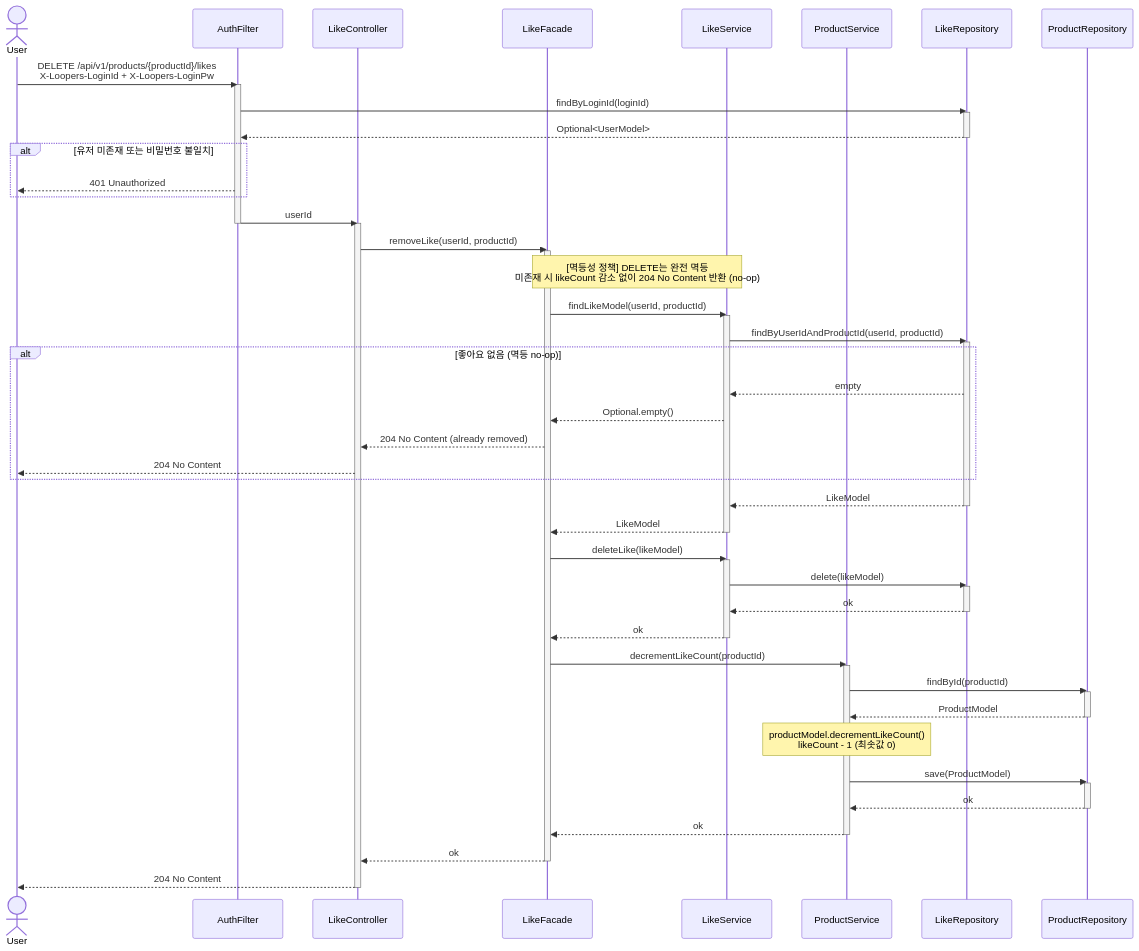
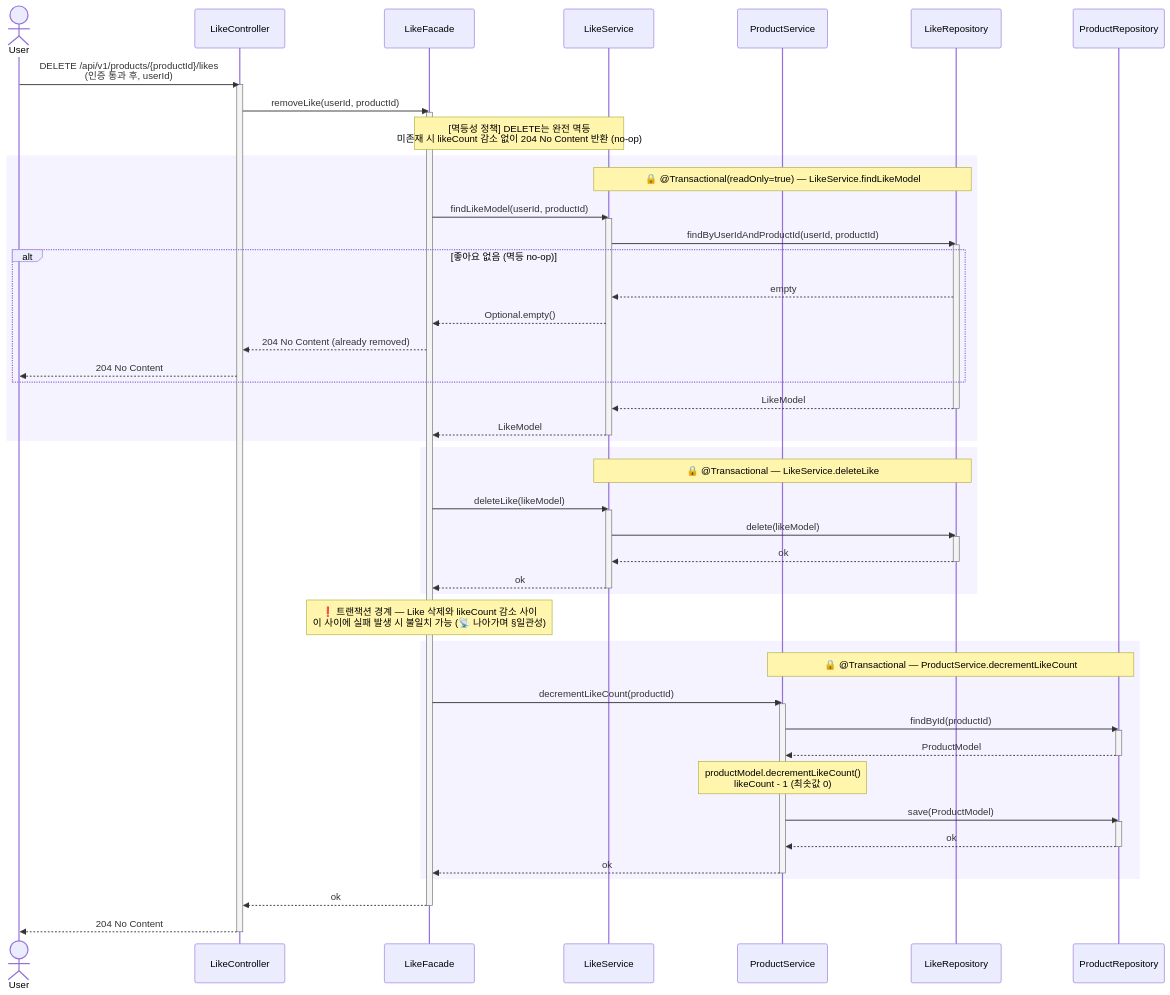
The third of 5 diagrams in .docs/design/02-sequence-diagrams.md (loopers-labs/loop-pack-be-l2-vol4-java), drawn with Mermaid before and after one commit. The commit also changed other lines of this file and 8 other files, not shown here.

````diff
--- a/.docs/design/02-sequence-diagrams.md
+++ b/.docs/design/02-sequence-diagrams.md
@@ -1006,71 +237,71 @@
 ```mermaid
 sequenceDiagram
     actor User
-    participant AF as AuthFilter
     participant LC as LikeController
     participant LF as LikeFacade
     participant LS as LikeService
     participant PS as ProductService
     participant LR as LikeRepository
     participant PR as ProductRepository
 
-    User->>AF: DELETE /api/v1/products/{productId}/likes<br/>X-Loopers-LoginId + X-Loopers-LoginPw
-    activate AF
-    AF->>LR: findByLoginId(loginId)
-    activate LR
-    LR-->>AF: Optional<UserModel>
-    deactivate LR
-    alt 유저 미존재 또는 비밀번호 불일치
-        AF-->>User: 401 Unauthorized
-    end
-    AF->>LC: userId
-    deactivate AF
+    User->>LC: DELETE /api/v1/products/{productId}/likes<br/>(인증 통과 후, userId)
     activate LC
 
     LC->>LF: removeLike(userId, productId)
     activate LF
 
     Note over LF,LS: [멱등성 정책] DELETE는 완전 멱등<br/>미존재 시 likeCount 감소 없이 204 No Content 반환 (no-op)
-    LF->>LS: findLikeModel(userId, productId)
-    activate LS
-    LS->>LR: findByUserIdAndProductId(userId, productId)
-    activate LR
-    alt 좋아요 없음 (멱등 no-op)
-        LR-->>LS: empty
-        LS-->>LF: Optional.empty()
-        LF-->>LC: 204 No Content (already removed)
-        LC-->>User: 204 No Content
+    rect rgb(245, 243, 255)
+        Note over LS,LR: 🔒 @Transactional(readOnly=true) — LikeService.findLikeModel
+        LF->>LS: findLikeModel(userId, productId)
+        activate LS
+        LS->>LR: findByUserIdAndProductId(userId, productId)
+        activate LR
+        alt 좋아요 없음 (멱등 no-op)
+            LR-->>LS: empty
+            LS-->>LF: Optional.empty()
+            LF-->>LC: 204 No Content (already removed)
+            LC-->>User: 204 No Content
+        end
+        LR-->>LS: LikeModel
+        deactivate LR
+        LS-->>LF: LikeModel
+        deactivate LS
     end
-    LR-->>LS: LikeModel
-    deactivate LR
-    LS-->>LF: LikeModel
-    deactivate LS
 
-    LF->>LS: deleteLike(likeModel)
-    activate LS
-    LS->>LR: delete(likeModel)
-    activate LR
-    LR-->>LS: ok
-    deactivate LR
-    LS-->>LF: ok
-    deactivate LS
+    rect rgb(245, 243, 255)
+        Note over LS,LR: 🔒 @Transactional — LikeService.deleteLike
+        LF->>LS: deleteLike(likeModel)
+        activate LS
+        LS->>LR: delete(likeModel)
+        activate LR
+        LR-->>LS: ok
+        deactivate LR
+        LS-->>LF: ok
+        deactivate LS
+    end
 
-    LF->>PS: decrementLikeCount(productId)
-    activate PS
-    PS->>PR: findById(productId)
-    activate PR
-    PR-->>PS: ProductModel
-    deactivate PR
-    Note over PS: productModel.decrementLikeCount()<br/>likeCount - 1 (최솟값 0)
-    PS->>PR: save(ProductModel)
-    activate PR
-    PR-->>PS: ok
-    deactivate PR
-    PS-->>LF: ok
-    deactivate PS
+    Note over LF: ❗ 트랜잭션 경계 — Like 삭제와 likeCount 감소 사이<br/>이 사이에 실패 발생 시 불일치 가능 (📡 나아가며 §일관성)
+
+    rect rgb(245, 243, 255)
+        Note over PS,PR: 🔒 @Transactional — ProductService.decrementLikeCount
+        LF->>PS: decrementLikeCount(productId)
+        activate PS
+        PS->>PR: findById(productId)
+        activate PR
+        PR-->>PS: ProductModel
+        deactivate PR
+        Note over PS: productModel.decrementLikeCount()<br/>likeCount - 1 (최솟값 0)
+        PS->>PR: save(ProductModel)
+        activate PR
+        PR-->>PS: ok
+        deactivate PR
+        PS-->>LF: ok
+        deactivate PS
+    end
 
     LF-->>LC: ok
     deactivate LF
     LC-->>User: 204 No Content
     deactivate LC
 ```
````
